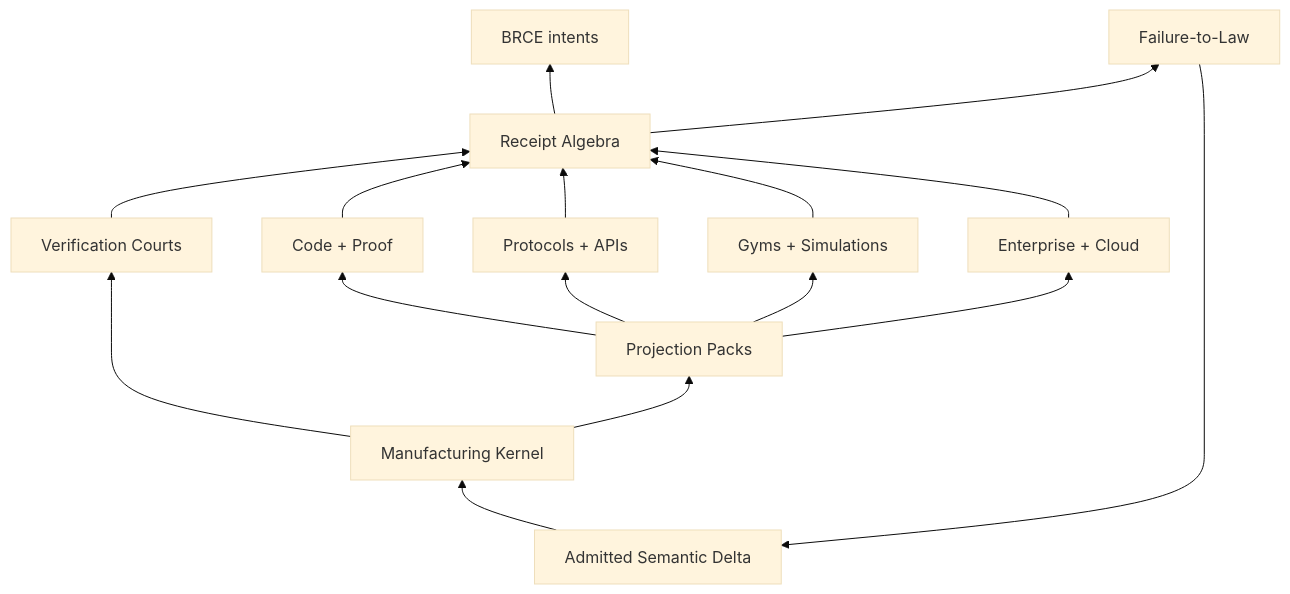
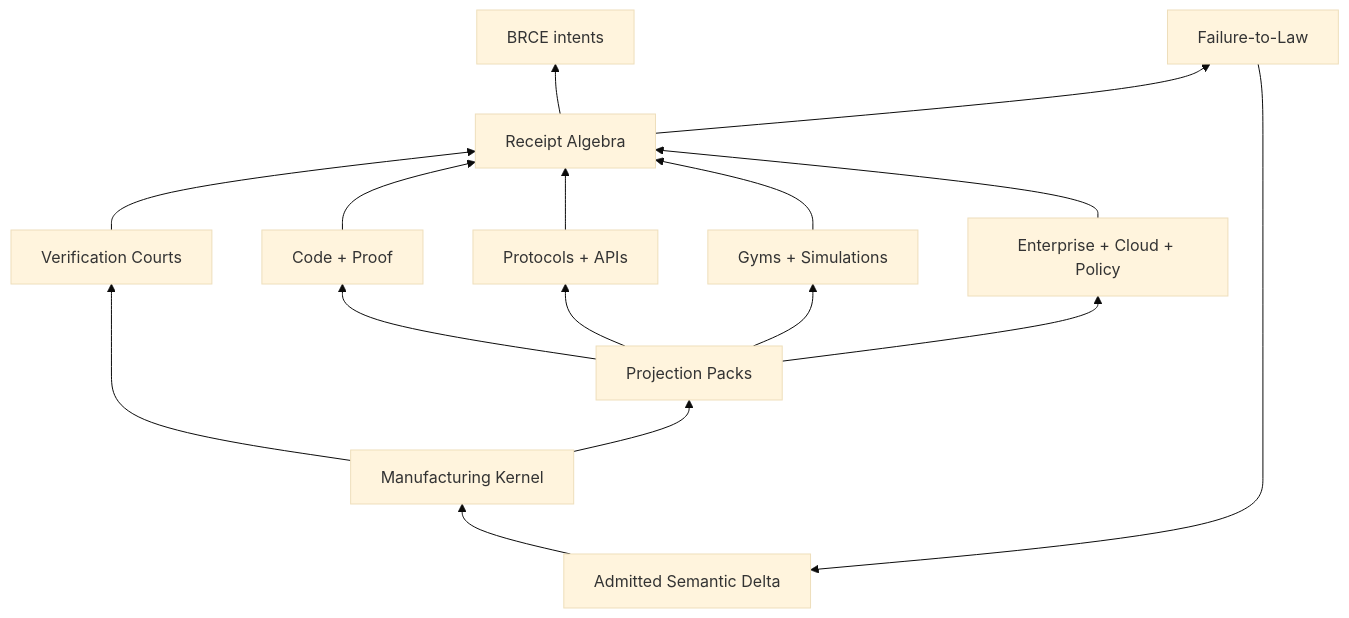
The third of 3 diagrams in docs/vision/GGEN_2030_TRIZ_CROWN.md (seanchatmangpt/ggen), drawn with Mermaid (base theme) before and after one commit. The commit also changed other lines of this file, not shown here.

````diff
--- a/docs/vision/GGEN_2030_TRIZ_CROWN.md
+++ b/docs/vision/GGEN_2030_TRIZ_CROWN.md
@@ -335,18 +369,18 @@
 ```mermaid
 flowchart BT
     D[Admitted Semantic Delta] --> K[Manufacturing Kernel]
     K --> P[Projection Packs]
     K --> C[Verification Courts]
     P --> CP[Code + Proof]
     P --> IP[Protocols + APIs]
     P --> GP[Gyms + Simulations]
-    P --> EP[Enterprise + Cloud]
+    P --> EP[Enterprise + Cloud + Policy]
     C --> RA[Receipt Algebra]
     CP --> RA
     IP --> RA
     GP --> RA
     EP --> RA
     RA --> B[BRCE intents]
     RA --> F[Failure-to-Law]
     F --> D
 ```
````
